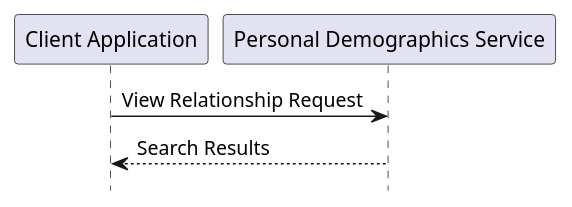
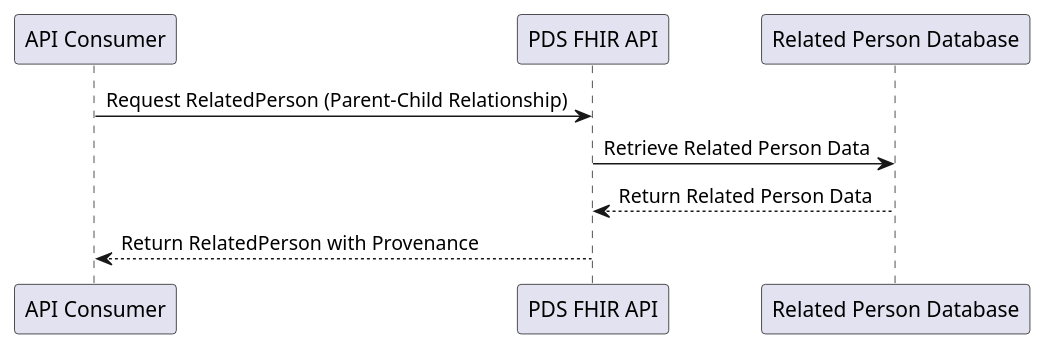
Before and after one commit to NHSDigital/IOPS-FHIR-Simplifier-Backup: the diagram in NHSEnglandProgrammeImplementationGuides/backup/guides/PDS-RelatedPerson/Home/Design/Scenario-View-a-Relationship/Index.page.md, drawn with PlantUML. The commit also changed other lines of this file and 34 other files, not shown here.

```diff
--- a/NHSEnglandProgrammeImplementationGuides/backup/guides/PDS-RelatedPerson/Home/Design/Scenario-View-a-Relationship/Index.page.md
+++ b/NHSEnglandProgrammeImplementationGuides/backup/guides/PDS-RelatedPerson/Home/Design/Scenario-View-a-Relationship/Index.page.md
@@ -21,12 +23,11 @@
 @startuml
+participant "API Consumer" as API
+participant "PDS FHIR API" as PDS
+participant "Related Person Database" as DB
 
-hide footbox
-
-participant proxy as "Client Application"
-
-participant repository as "Personal Demographics Service"
-
-proxy -> repository: View Relationship Request
-repository --> proxy: Search Results
+API -> PDS: Request RelatedPerson (Parent-Child Relationship)
+PDS -> DB: Retrieve Related Person Data
+DB --> PDS: Return Related Person Data
+PDS --> API: Return RelatedPerson with Provenance
 
 @enduml
```
